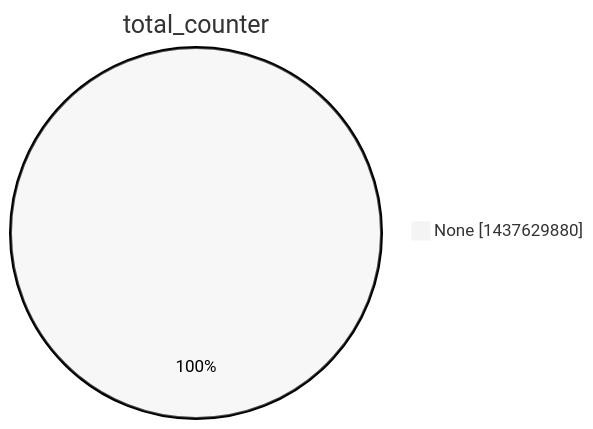
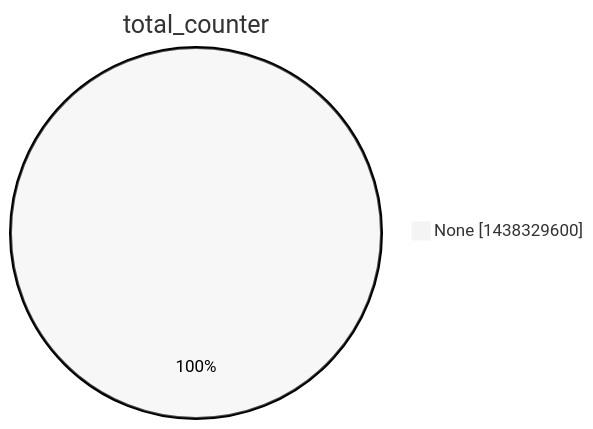
One commit to christiankrug/ctmonitor_visualization changed the second of 15 diagrams in argon2022/README.md. Above: the diagram before and after it, drawn with Mermaid (neutral theme). The commit also changed other lines of this file, not shown here.

````diff
--- a/argon2022/README.md
+++ b/argon2022/README.md
@@ -9,5 +9,5 @@
 ```mermaid
 pie showData
 title total_counter
-"None" :1437629880
+"None" :1438329600
 ```
````
